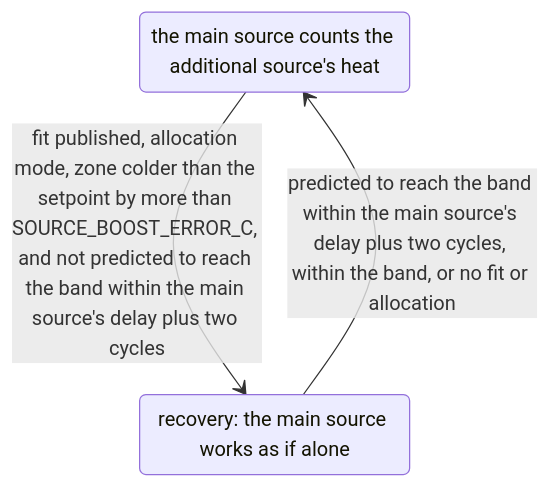
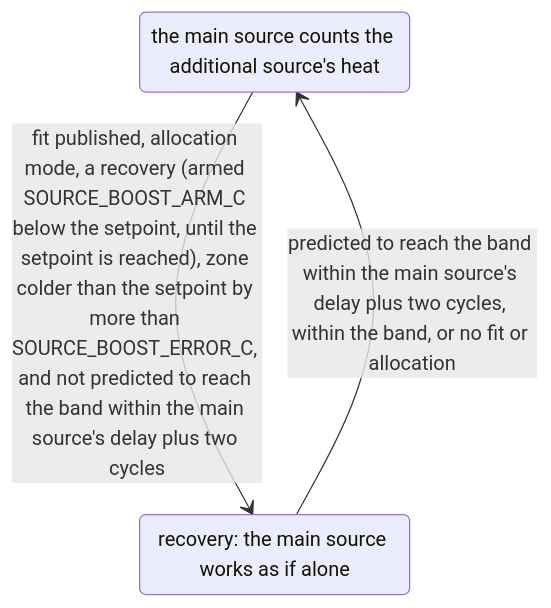
One commit to Shadow-230/vtherm_smartpi changed the eighth of 11 diagrams in documentation/en/zone_dependencies.md. Above: the diagram before and after it, drawn with Mermaid. The commit also changed other lines of this file and 9 other files, not shown here.

First line of the commit message:
Start the recovery boost only in a recovery

````diff
--- a/documentation/en/zone_dependencies.md
+++ b/documentation/en/zone_dependencies.md
@@ -893,7 +896,7 @@
 ```mermaid
 stateDiagram-v2
     state "the main source counts the additional source's heat" as Counted
     state "recovery: the main source works as if alone" as Boost
-    Counted --> Boost: fit published, allocation mode, zone colder than the setpoint by more than SOURCE_BOOST_ERROR_C, and not predicted to reach the band within the main source's delay plus two cycles
+    Counted --> Boost: fit published, allocation mode, a recovery (armed SOURCE_BOOST_ARM_C below the setpoint, until the setpoint is reached), zone colder than the setpoint by more than SOURCE_BOOST_ERROR_C, and not predicted to reach the band within the main source's delay plus two cycles
     Boost --> Counted: predicted to reach the band within the main source's delay plus two cycles, within the band, or no fit or allocation
 ```
````
